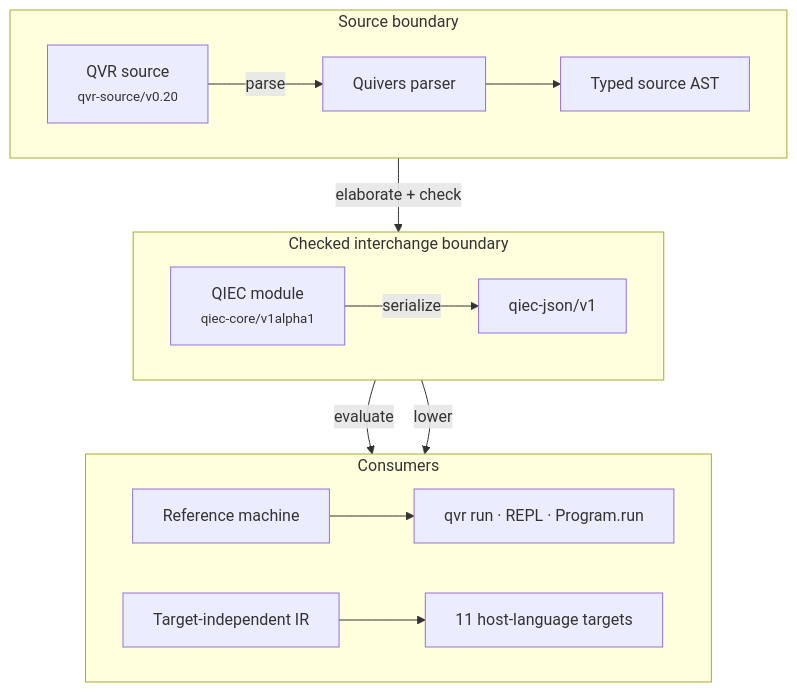
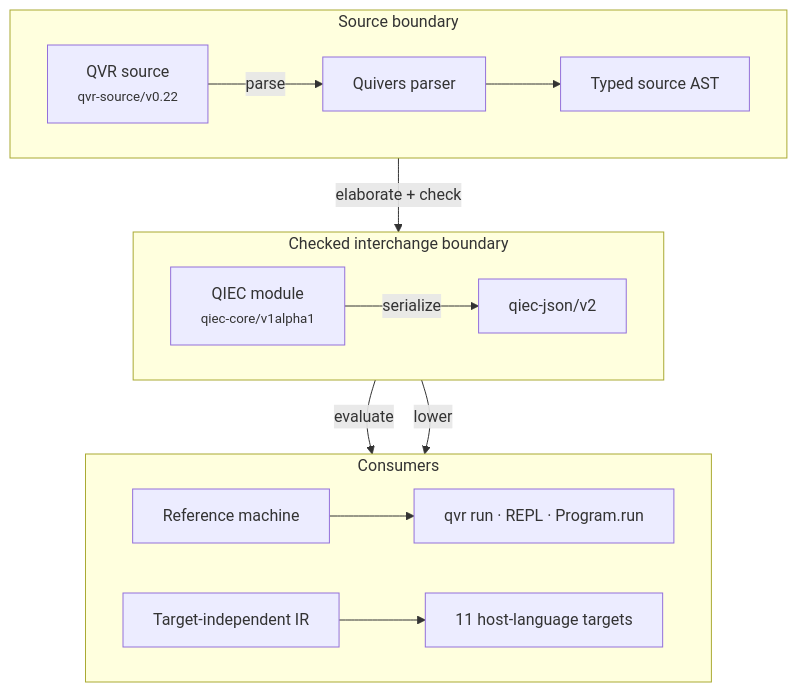
One commit to quivers-dev/quivers changed the diagram in docs/reference/qvr/index.md. Above: the diagram before and after it, drawn with Mermaid. The commit also changed other lines of this file and 823 other files, not shown here.

````diff
--- a/docs/reference/qvr/index.md
+++ b/docs/reference/qvr/index.md
@@ -95,20 +180,20 @@
 ```mermaid
 flowchart TB
     subgraph AUTHOR["Source boundary"]
         direction LR
-        S["QVR source<br/><small>qvr-source/v0.20</small>"] -->|parse| P["Quivers parser"] --> A["Typed source AST"]
+        S["QVR source<br/><small>qvr-source/v0.22</small>"] -->|parse| P["Quivers parser"] --> A["Typed source AST"]
     end
     subgraph CORE["Checked interchange boundary"]
         direction LR
         A -->|elaborate + check| Q["QIEC module<br/><small>qiec-core/v1alpha1</small>"]
-        Q -->|serialize| J["qiec-json/v1"]
+        Q -->|serialize| J["qiec-json/v2"]
     end
     subgraph CONSUMERS["Consumers"]
         direction LR
         Q -->|evaluate| R["Reference machine"] --> C["qvr run · REPL · Program.run"]
         Q -->|lower| T["Target-independent IR"] --> H["11 host-language targets"]
     end
     class S qv-input
     class P,A,Q,J,T qv-checked
     class R,C,H qv-output
 ```
````
